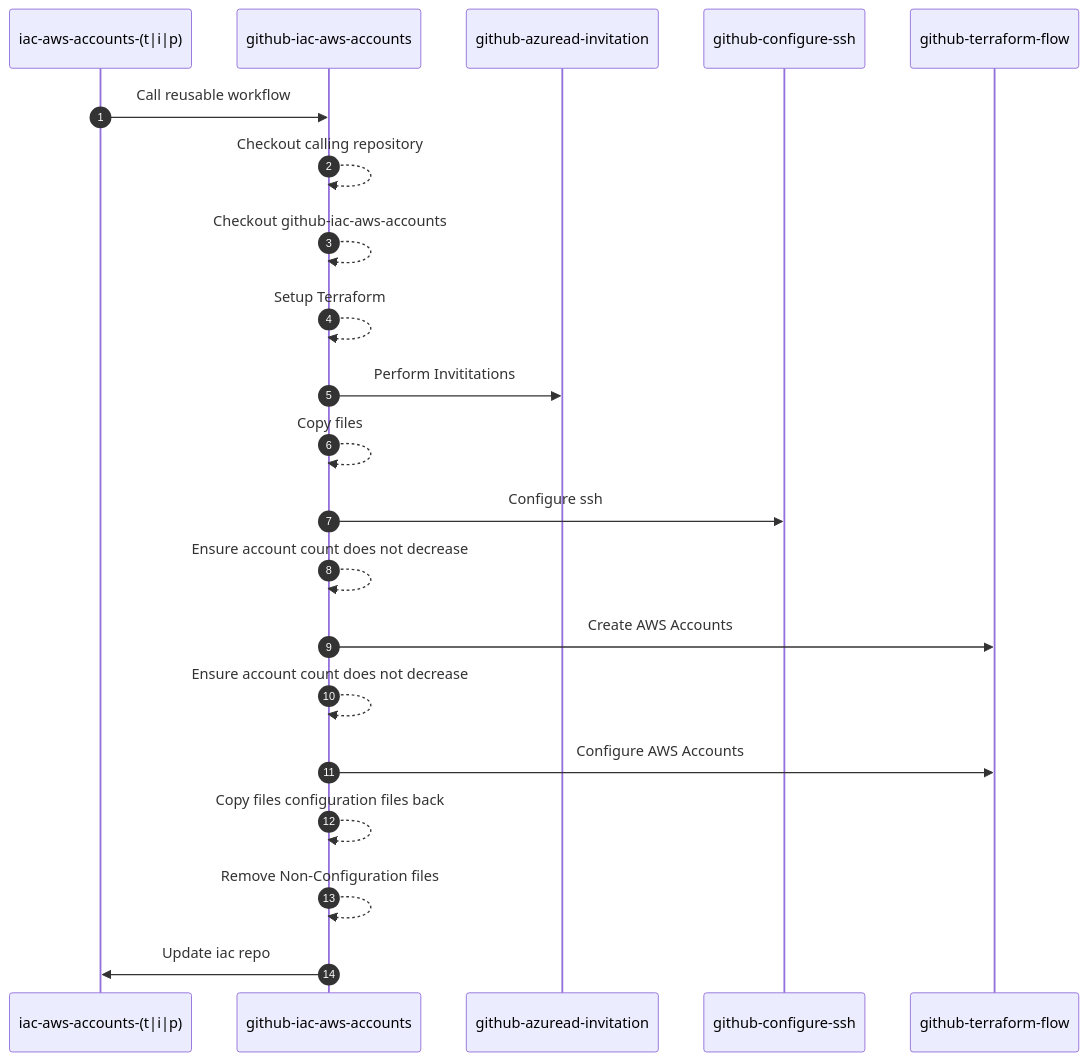
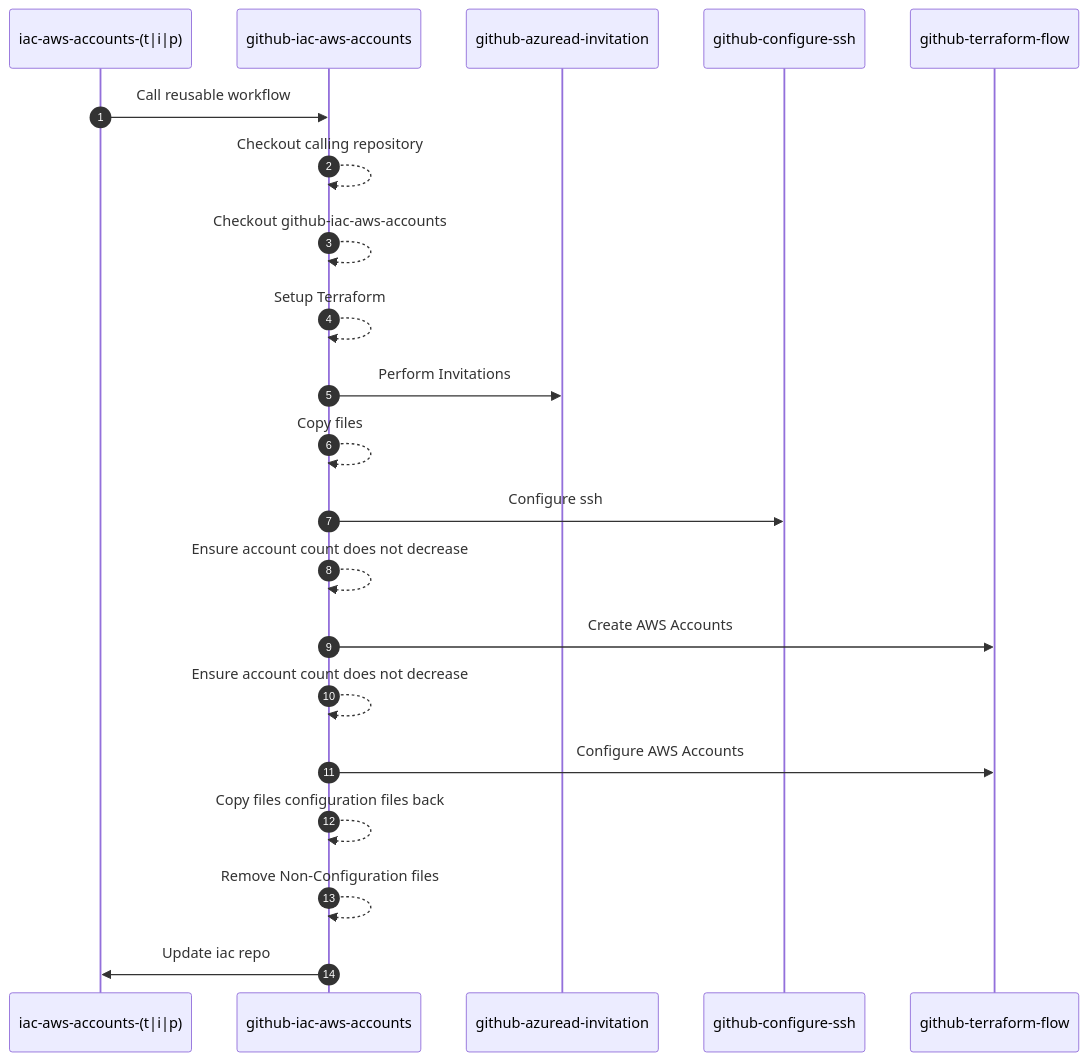
One commit to bit-csb/github-iac-aws-accounts changed the second of 2 diagrams in README.md. Above: the diagram before and after it, drawn with Mermaid. The commit also changed other lines of this file and 2 other files, not shown here.

````diff
--- a/README.md
+++ b/README.md
@@ -16,23 +16,23 @@
 ```mermaid
 sequenceDiagram
     autonumber
     participant id_iac as iac-aws-accounts-(t|i|p)
     participant id_rw as github-iac-aws-accounts
     participant id_invite as github-azuread-invitation
     participant id_ssh as github-configure-ssh
     participant id_terraform as github-terraform-flow
     id_iac ->>  id_rw: Call reusable workflow
     id_rw -->> id_rw: Checkout calling repository
     id_rw -->> id_rw: Checkout github-iac-aws-accounts
     id_rw -->> id_rw: Setup Terraform
-    id_rw ->> id_invite: Perform Invititations
+    id_rw ->> id_invite: Perform Invitations
     id_rw -->> id_rw: Copy files
     id_rw ->> id_ssh: Configure ssh
     id_rw -->> id_rw: Ensure account count does not decrease
     id_rw ->> id_terraform: Create AWS Accounts
     id_rw -->> id_rw: Ensure account count does not decrease
     id_rw ->> id_terraform: Configure AWS Accounts
     id_rw -->> id_rw: Copy files configuration files back
     id_rw -->> id_rw: Remove Non-Configuration files
     id_rw ->> id_iac: Update iac repo
 ```
````
